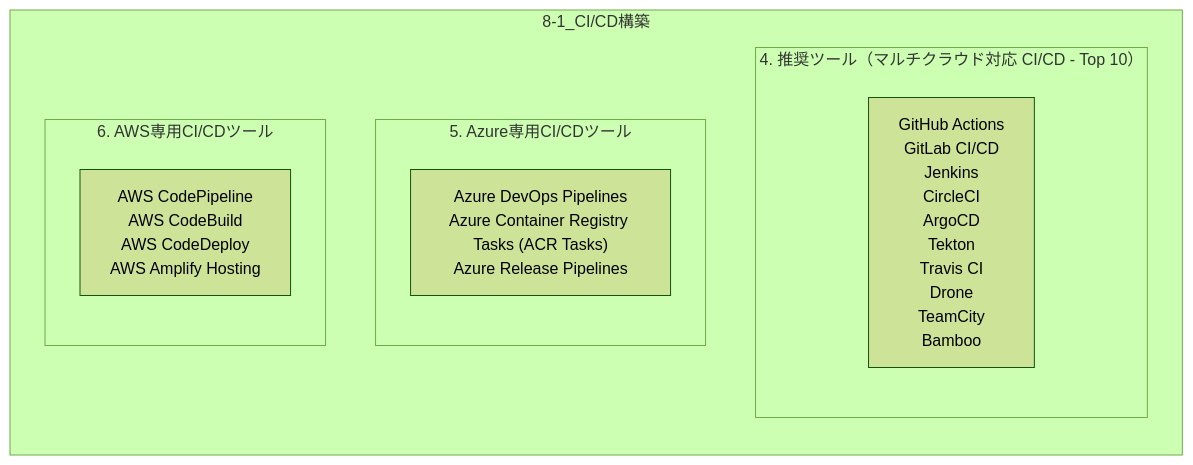
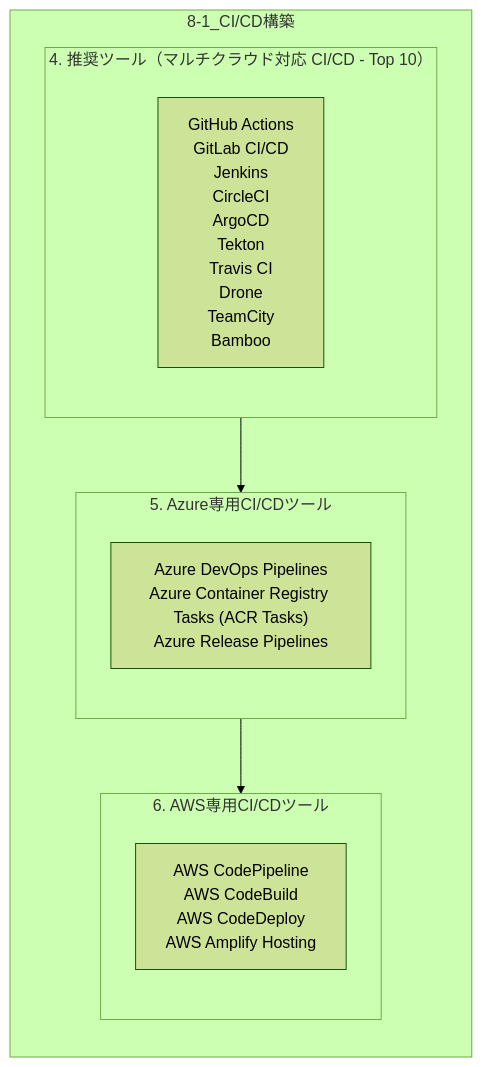
One commit to infinith4/dev-moderndev changed the tenth of 13 diagrams in docs/dev_process_mermaid.md. Above: the diagram before and after it, drawn with Mermaid (forest theme). The commit also changed other lines of this file, not shown here.

````diff
--- a/docs/dev_process_mermaid.md
+++ b/docs/dev_process_mermaid.md
@@ -231,19 +255,20 @@
 ```mermaid
 %%{init: {'flowchart': {'htmlLabels': true}}}%%
 flowchart TB
     subgraph P9[8-1_CI/CD構築]
         direction TB
         subgraph P9s1[4. 推奨ツール（マルチクラウド対応 CI/CD - Top 10）]
             direction TB
             P9s1_t["GitHub Actions<br/>GitLab CI/CD<br/>Jenkins<br/>CircleCI<br/>ArgoCD<br/>Tekton<br/>Travis CI<br/>Drone<br/>TeamCity<br/>Bamboo"]
         end
         subgraph P9s2[5. Azure専用CI/CDツール]
             direction TB
             P9s2_t["Azure DevOps Pipelines<br/>Azure Container Registry Tasks (ACR Tasks)<br/>Azure Release Pipelines"]
         end
         subgraph P9s3[6. AWS専用CI/CDツール]
             direction TB
             P9s3_t["AWS CodePipeline<br/>AWS CodeBuild<br/>AWS CodeDeploy<br/>AWS Amplify Hosting"]
         end
+        P9s1 --> P9s2 --> P9s3
     end
 ```
````
